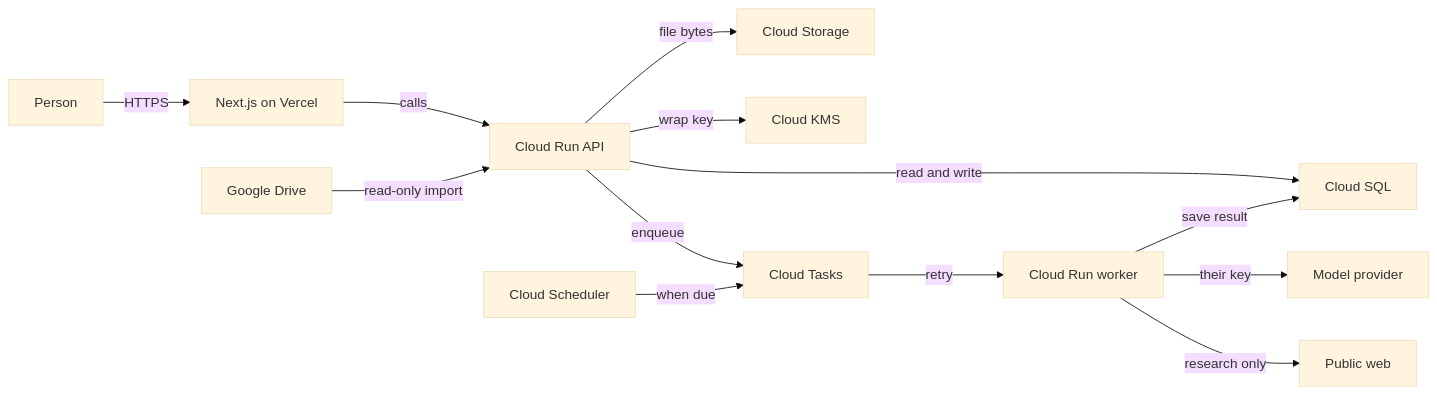
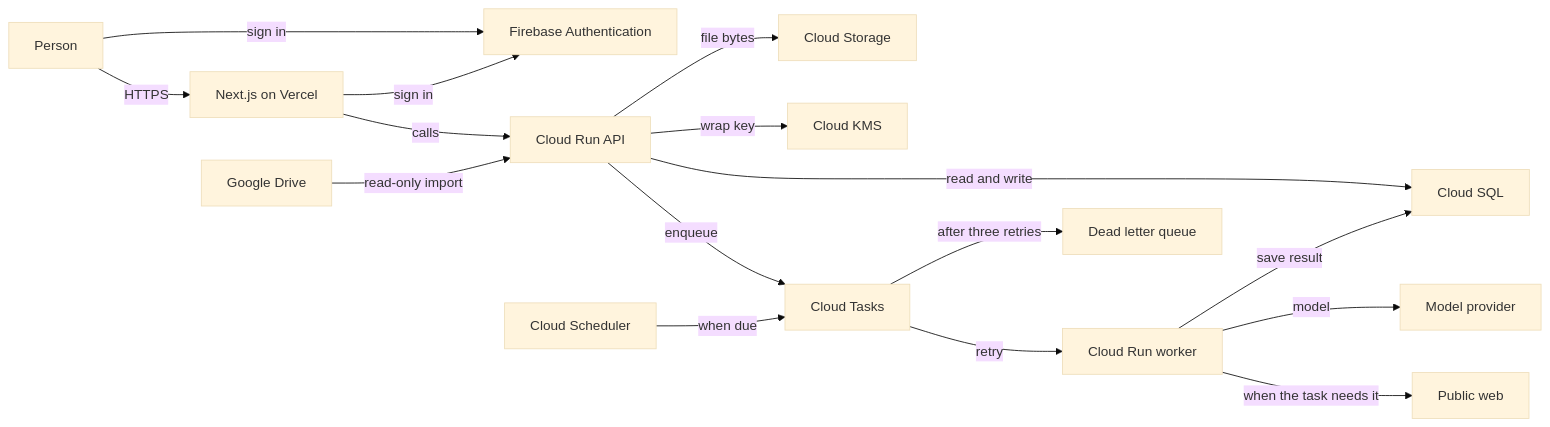
One commit to khamseaffan/Folio changed the diagram in docs/architecture.md. Above: the diagram before and after it, drawn with Mermaid (base theme). The commit also changed other lines of this file and 24 other files, not shown here.

````diff
--- a/docs/architecture.md
+++ b/docs/architecture.md
@@ -5,28 +5,32 @@
 ```mermaid
 flowchart LR
   person[Person]
+  firebase["Firebase Authentication"]
   drive["Google Drive"]
   webapp["Next.js on Vercel"]
   api["Cloud Run API"]
   sql["Cloud SQL"]
   storage["Cloud Storage"]
   kms["Cloud KMS"]
   tasks["Cloud Tasks"]
   scheduler["Cloud Scheduler"]
   worker["Cloud Run worker"]
   model["Model provider"]
   publicweb["Public web"]
 
   person -->|HTTPS| webapp
+  person -->|sign in| firebase
+  webapp -->|sign in| firebase
   webapp -->|calls| api
   drive -->|"read-only import"| api
   api -->|"read and write"| sql
   api -->|"file bytes"| storage
   api -->|"wrap key"| kms
   api -->|enqueue| tasks
   scheduler -->|"when due"| tasks
   tasks -->|retry| worker
-  worker -->|"their key"| model
-  worker -->|"research only"| publicweb
+  tasks -->|after three retries| dead["Dead letter queue"]
+  worker -->|model| model
+  worker -->|"when the task needs it"| publicweb
   worker -->|"save result"| sql
 ```
````
